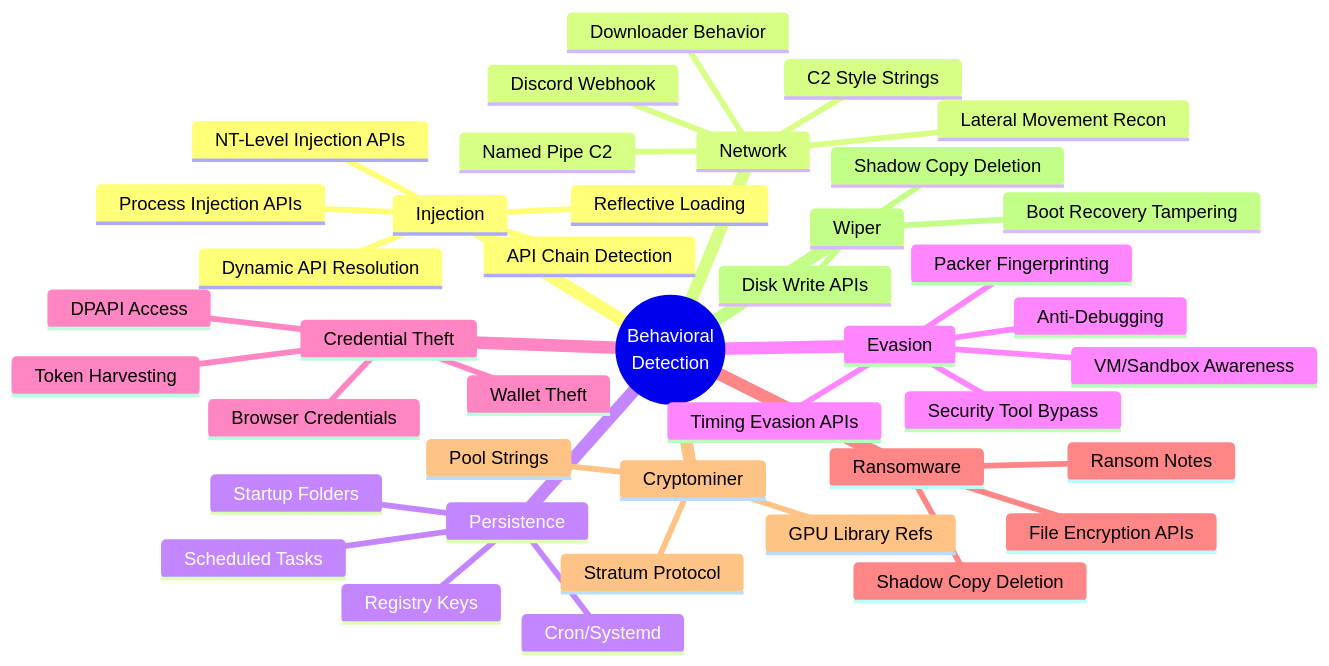
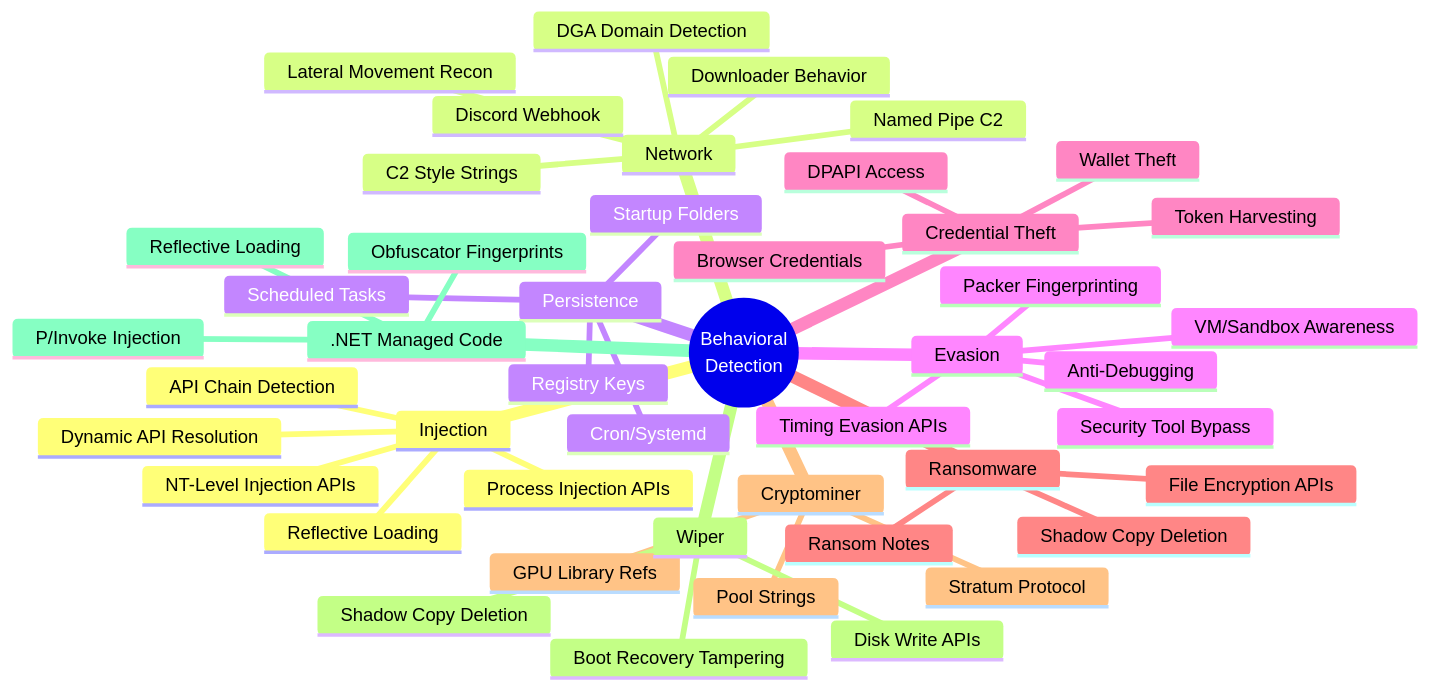
One commit to Masriyan/FlatScan changed the fourth of 12 diagrams in README.md. Above: the diagram before and after it, drawn with Mermaid. The commit also changed other lines of this file and 6 other files, not shown here.

````diff
--- a/README.md
+++ b/README.md
@@ -249,44 +250,49 @@
 ```mermaid
 mindmap
   root((Behavioral<br/>Detection))
     Injection
       Process Injection APIs
       NT-Level Injection APIs
       Dynamic API Resolution
       Reflective Loading
       API Chain Detection
     Network
       Downloader Behavior
       C2 Style Strings
       Discord Webhook
       Named Pipe C2
       Lateral Movement Recon
+      DGA Domain Detection
     Persistence
       Registry Keys
       Startup Folders
       Scheduled Tasks
       Cron/Systemd
     Evasion
       VM/Sandbox Awareness
       Anti-Debugging
       Timing Evasion APIs
       Security Tool Bypass
       Packer Fingerprinting
     Credential Theft
       Browser Credentials
       DPAPI Access
       Wallet Theft
       Token Harvesting
     Ransomware
       Ransom Notes
       File Encryption APIs
       Shadow Copy Deletion
     Cryptominer
       Stratum Protocol
       GPU Library Refs
       Pool Strings
     Wiper
       Shadow Copy Deletion
       Disk Write APIs
       Boot Recovery Tampering
+    .NET Managed Code
+      Reflective Loading
+      P/Invoke Injection
+      Obfuscator Fingerprints
 ```
````
